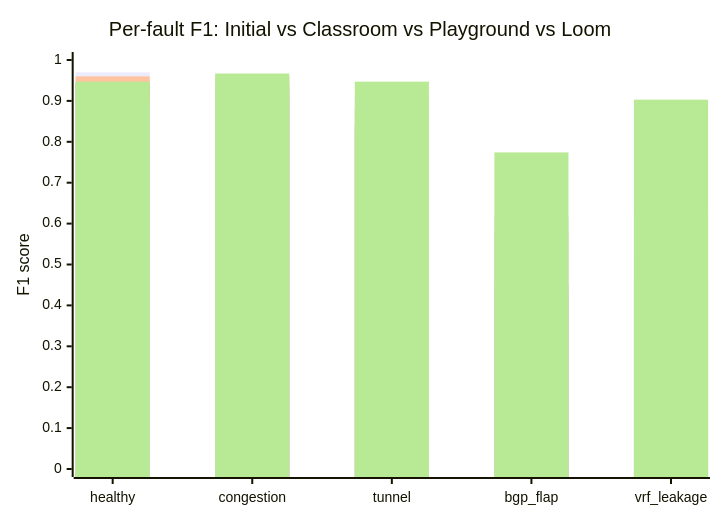
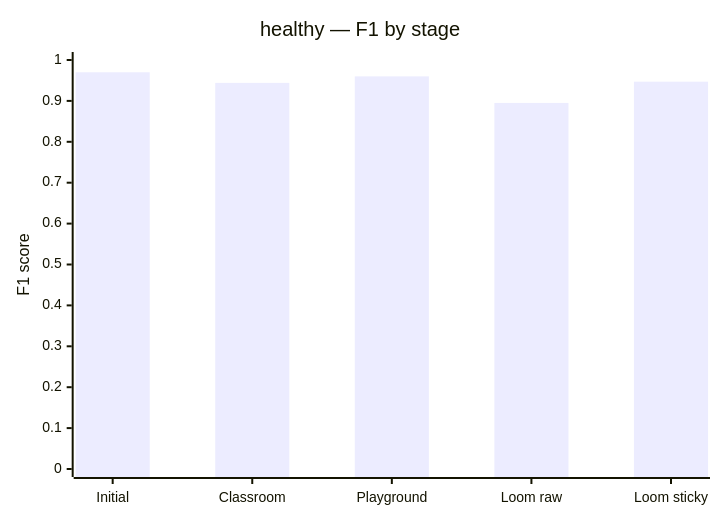
One commit to sahilshaik13/deca-isro changed the first of 5 diagrams in docs/DECA_TEST_SCORES.md. Above: the diagram before and after it, drawn with Mermaid. The commit also changed other lines of this file, not shown here.

Commit message:
Enhance DECA_TEST_SCORES documentation by adding detailed per-fault F1 improvement bar charts for each fault, allowing for better comparison of classifier performance across different stages (Initial, Classroom, Playground, Loom raw, Loom sticky).

````diff
--- a/docs/DECA_TEST_SCORES.md
+++ b/docs/DECA_TEST_SCORES.md
@@ -227,11 +231,7 @@
 ```mermaid
 xychart-beta
-    title "Per-fault F1: Initial vs Classroom vs Playground vs Loom"
-    x-axis [healthy, congestion, tunnel, bgp_flap, vrf_leakage]
+    title "healthy — F1 by stage"
+    x-axis [Initial, Classroom, Playground, "Loom raw", "Loom sticky"]
     y-axis "F1 score" 0 --> 1
-    bar "Initial" [0.97, 0.89, 0.81, 0.42, 0.52]
-    bar "Classroom" [0.944, 0.930, 0.838, 0.449, 0.462]
-    bar "Playground" [0.96, 0.96, 0.88, 0.58, 0.63]
-    bar "Loom raw" [0.895, 0.943, 0.909, 0.616, 0.844]
-    bar "Loom sticky" [0.947, 0.967, 0.947, 0.774, 0.903]
+    bar [0.97, 0.944, 0.96, 0.895, 0.947]
 ```
````
